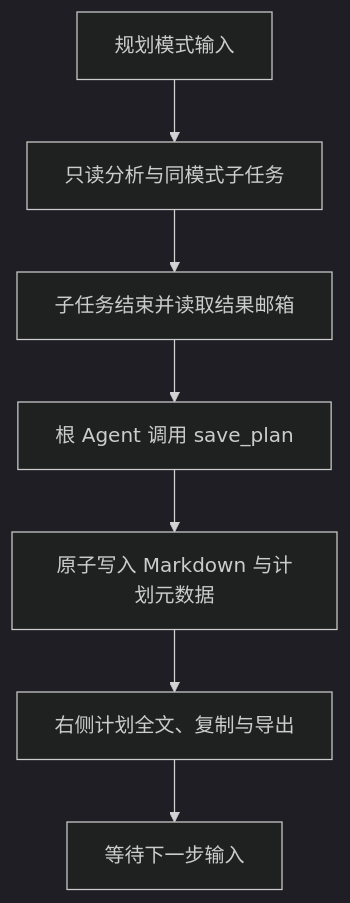
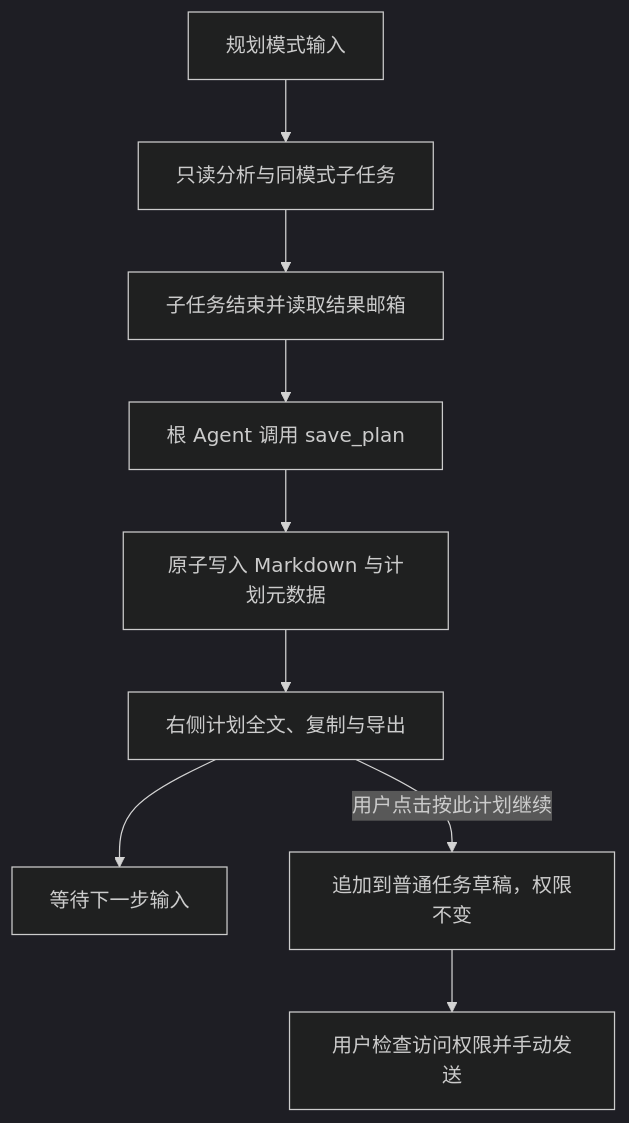
The third of 3 diagrams in docs/sessions.md (xidongdong-153/Pi-meme), drawn with Mermaid before and after one commit. The commit also changed other lines of this file and 30 other files, not shown here.

````diff
--- a/docs/sessions.md
+++ b/docs/sessions.md
@@ -108,10 +119,12 @@
 ```mermaid
 %%{init: {"theme": "dark"}}%%
 flowchart TD
   Input["规划模式输入"] --> Read["只读分析与同模式子任务"]
   Read --> Wait["子任务结束并读取结果邮箱"]
   Wait --> Save["根 Agent 调用 save_plan"]
   Save --> File["原子写入 Markdown 与计划元数据"]
   File --> Panel["右侧计划全文、复制与导出"]
   Panel --> Next["等待下一步输入"]
+  Panel -->|用户点击按此计划继续| Draft["追加到普通任务草稿，权限不变"]
+  Draft --> Confirm["用户检查访问权限并手动发送"]
 ```
````
